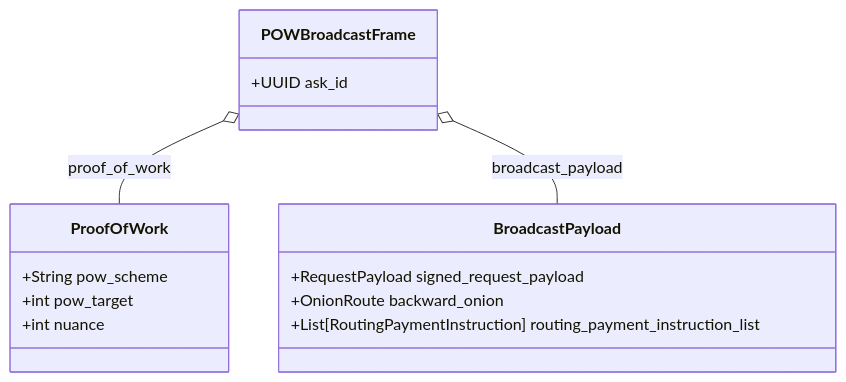
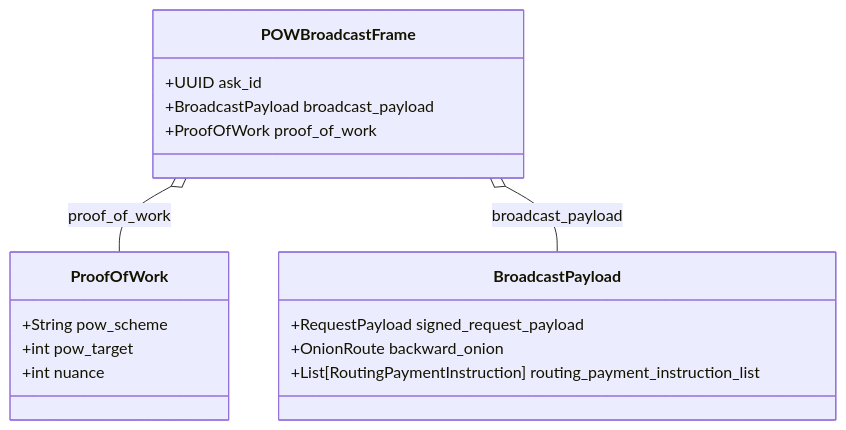
Before and after one commit to DontTrustVerifyOrg/gig-gossip: the sixth of 9 diagrams in whitepaper/protocol.md, drawn with Mermaid. The commit also changed other lines of this file and 1 other file, not shown here.

````diff
--- a/whitepaper/protocol.md
+++ b/whitepaper/protocol.md
@@ -198,18 +210,20 @@
 ```mermaid
 classDiagram
     class BroadcastPayload{
         +RequestPayload signed_request_payload
         +OnionRoute backward_onion
         +List[RoutingPaymentInstruction] routing_payment_instruction_list
     }
     class ProofOfWork{
         +String pow_scheme
         +int pow_target
         +int nuance
     }
     class POWBroadcastFrame{
         +UUID ask_id
+        +BroadcastPayload broadcast_payload
+        +ProofOfWork proof_of_work
     }
     POWBroadcastFrame  o--  ProofOfWork : proof_of_work
     POWBroadcastFrame  o--  BroadcastPayload : broadcast_payload
 ```
````
